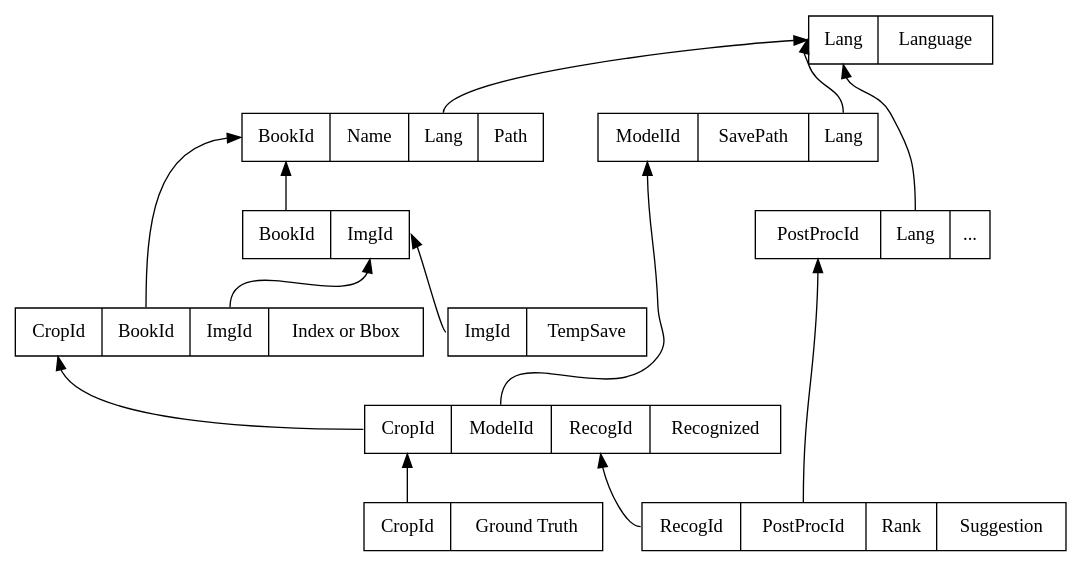
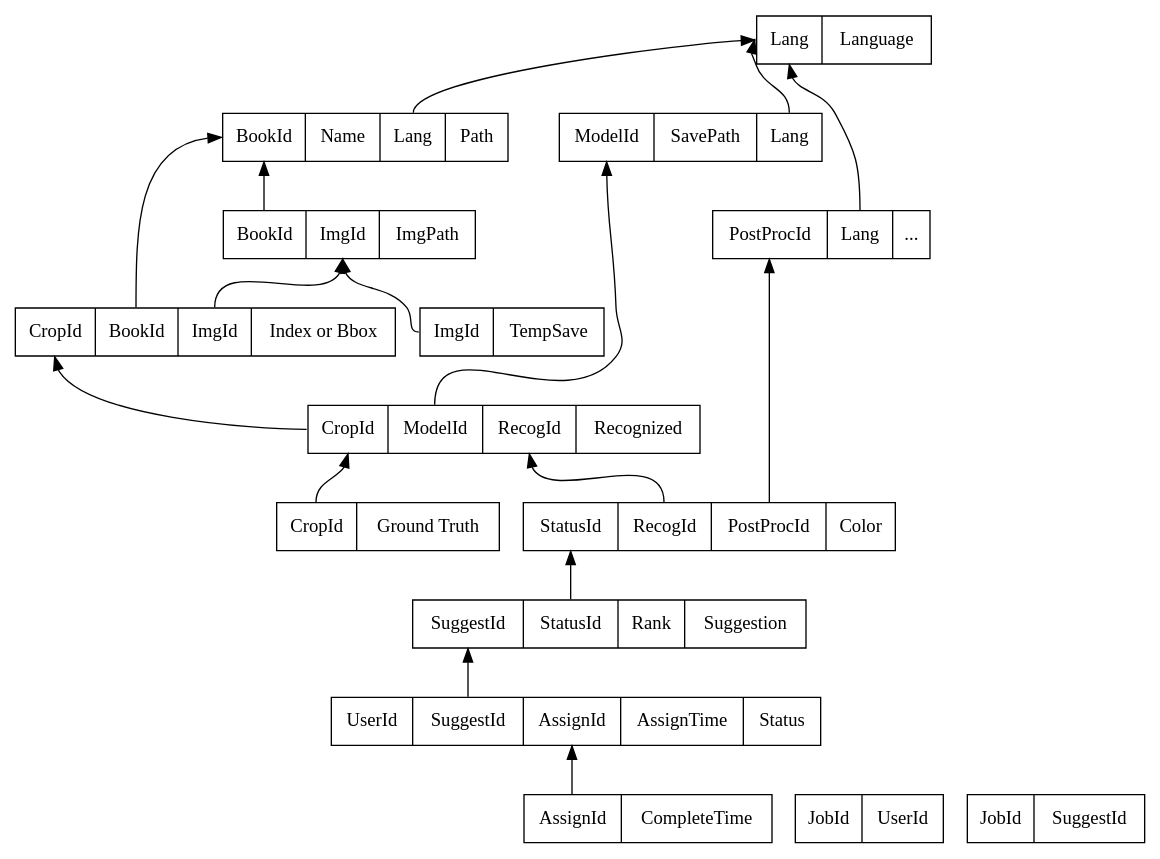
Before and after one commit to jerinphilip/ocr-retrain: the diagram in docs/uml/dbschema.dot, drawn with Graphviz. The commit also changed 2 other files, not shown here.

```diff
--- a/docs/uml/dbschema.dot
+++ b/docs/uml/dbschema.dot
@@ -1,30 +1,40 @@
 digraph schema {
-    node [shape=record]
+    graph [fontname= "Hack"];
+    node [shape=record, fontname="Hack"]
     rankdir="BT";
 
     // Entities
-    book_meta [label="<f0> BookId|<f1> Name | <f2> Lang|<f3> Path"];
-    img_meta [label="<f0> BookId | <f1> ImgId"];
+    book_meta [label="<f0> BookId |<f1> Name | <f2> Lang|<f3> Path"];
+    img_meta [label="<f0> BookId | <f1> ImgId | <f2> ImgPath"];
     crop_meta [label="<f0> CropId|<f1> BookId |<f2> ImgId | <f2> Index or Bbox"];
     img_temp_meta [label="<f0> ImgId |<f1> TempSave"];
     recognized [label="<f0> CropId |<f1> ModelId  | <f2> RecogId | <f3> Recognized"];
     models [label="<f0> ModelId | <f1> SavePath | <f2> Lang"];
     langs [label="<f0> Lang | <f1> Language"];
     postproc [label="<f0> PostProcId | <f1> Lang | <f3> ..."];
-    suggested [label="<f0> RecogId | <f1> PostProcId | <f2> Rank | <f3> Suggestion"]
+    postprocstatus [label="<f0> StatusId | <f1> RecogId | <f2> PostProcId | <f3> Color"];
+    suggested [label="<f0> SuggestId | <f1> StatusId | <f2> Rank | <f3> Suggestion"]
     reviewed [label="<f0> CropId | <f2> Ground Truth"];
+    assignment [label="<f0> UserId | <f1> SuggestId | <f2> AssignId | <f3> AssignTime | <f4> Status"];
+    completed [label="<f0> AssignId | <f1> CompleteTime"];
+
+    job_assignment [label="<f0> JobId | <f1> UserId"];
+    job_includes [label="<f0> JobId | <f1>SuggestId"];
 
     // Relations
     crop_meta:f1 -> book_meta:f0;
     recognized:f0 -> crop_meta:f0;
     crop_meta:f2 -> img_meta:f1;
     img_temp_meta:f0 -> img_meta:f1;
     recognized:f1 -> models:f0;
     models:f2 -> langs:f0;
     img_meta:f0 -> book_meta:f0;
     postproc:f1 -> langs:f0;
-    suggested:f0 -> recognized:f2;
-    suggested:f1 -> postproc:f0;
     reviewed:f0 -> recognized:f0;
     book_meta:f2 -> langs:f0;
+    assignment:f1 -> suggested:f0;
+    completed:f0 -> assignment:f2;
+    suggested:f1 -> postprocstatus:f0;
+    postprocstatus:f1 -> recognized:f2;
+    postprocstatus:f2 -> postproc:f0;
 }
```
